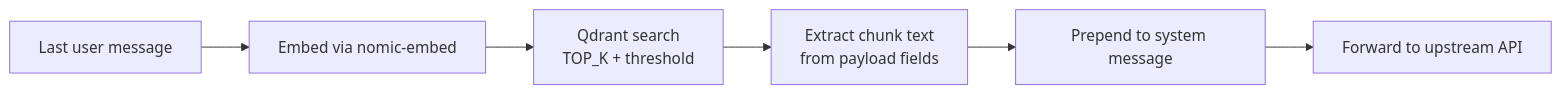
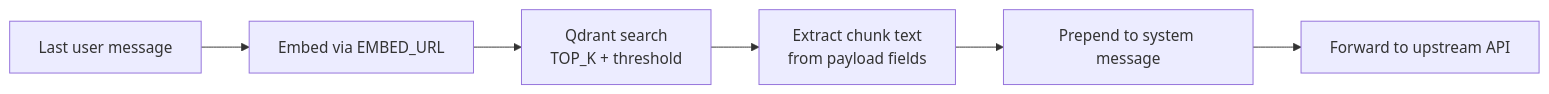
Before and after one commit to AtticusG3/rag-proxy: the second of 2 diagrams in docs/getting-started.md, drawn with Mermaid. The commit also changed other lines of this file and 21 other files, not shown here.

First line of the commit message:
feat(embed): route embeds via llama-swap

````diff
--- a/docs/getting-started.md
+++ b/docs/getting-started.md
@@ -144,8 +149,8 @@
 ```mermaid
 flowchart LR
-  U["Last user message"] --> E["Embed via nomic-embed"]
+  U["Last user message"] --> E["Embed via EMBED_URL"]
   E --> Q["Qdrant search\nTOP_K + threshold"]
   Q --> P["Extract chunk text\nfrom payload fields"]
   P --> I["Prepend to system message"]
   I --> F["Forward to upstream API"]
 ```
````
